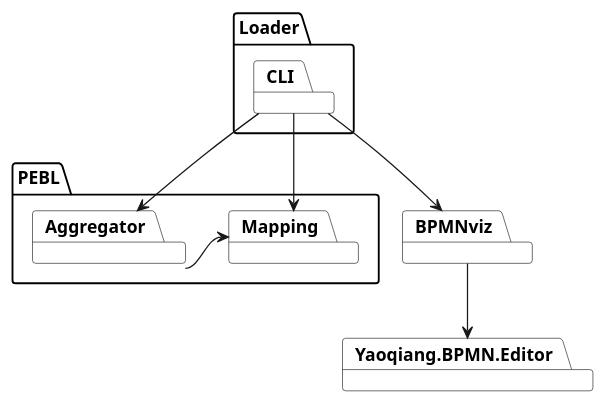
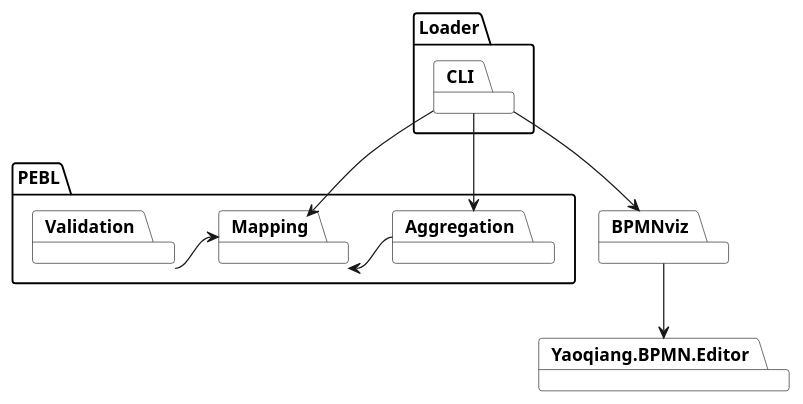
Before and after one commit to uniba-dsg/betsy: the diagram in loader/doc/loader-architecture.puml, drawn with PlantUML. The commit also changed 2 other files, not shown here.

Commit message:
better diagrams

```diff
--- a/loader/doc/loader-architecture.puml
+++ b/loader/doc/loader-architecture.puml
@@ -1,29 +1,31 @@
 @startuml
 package Loader {
 	package CLI
 }
 
 package PEBL {
 	package Mapping
-	package Aggregator
+	package Aggregation
+	package Validation
 }
 package BPMNviz
 package Yaoqiang.BPMN.Editor
 CLI --> Mapping
 CLI --> BPMNviz
-Aggregator -> Mapping
-CLI --> Aggregator
+Validation -> Mapping
+Mapping <- Aggregation
+CLI --> Aggregation
 BPMNviz --> Yaoqiang.BPMN.Editor
 
 hide empty members
 hide empty methods
 hide circle
 
 skinparam monochrome true
 skinparam shadowing false
 skinparam packageStyle rect
 skinparam classBackgroundColor white
 skinparam nodeBackgroundColor white
 skinparam frameBackgroundColor white
 skinparam packageBackgroundColor white
 @enduml
```
